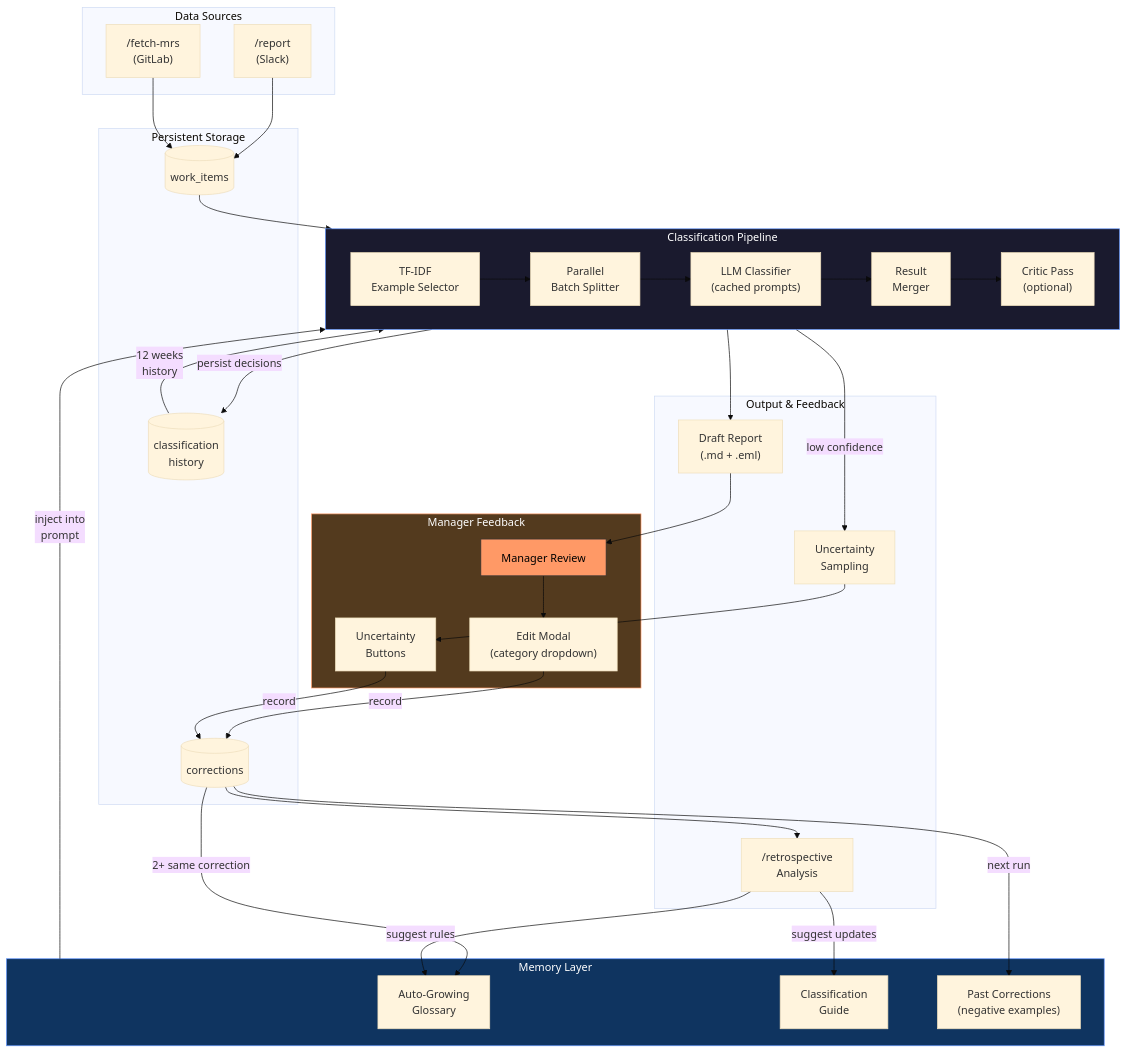
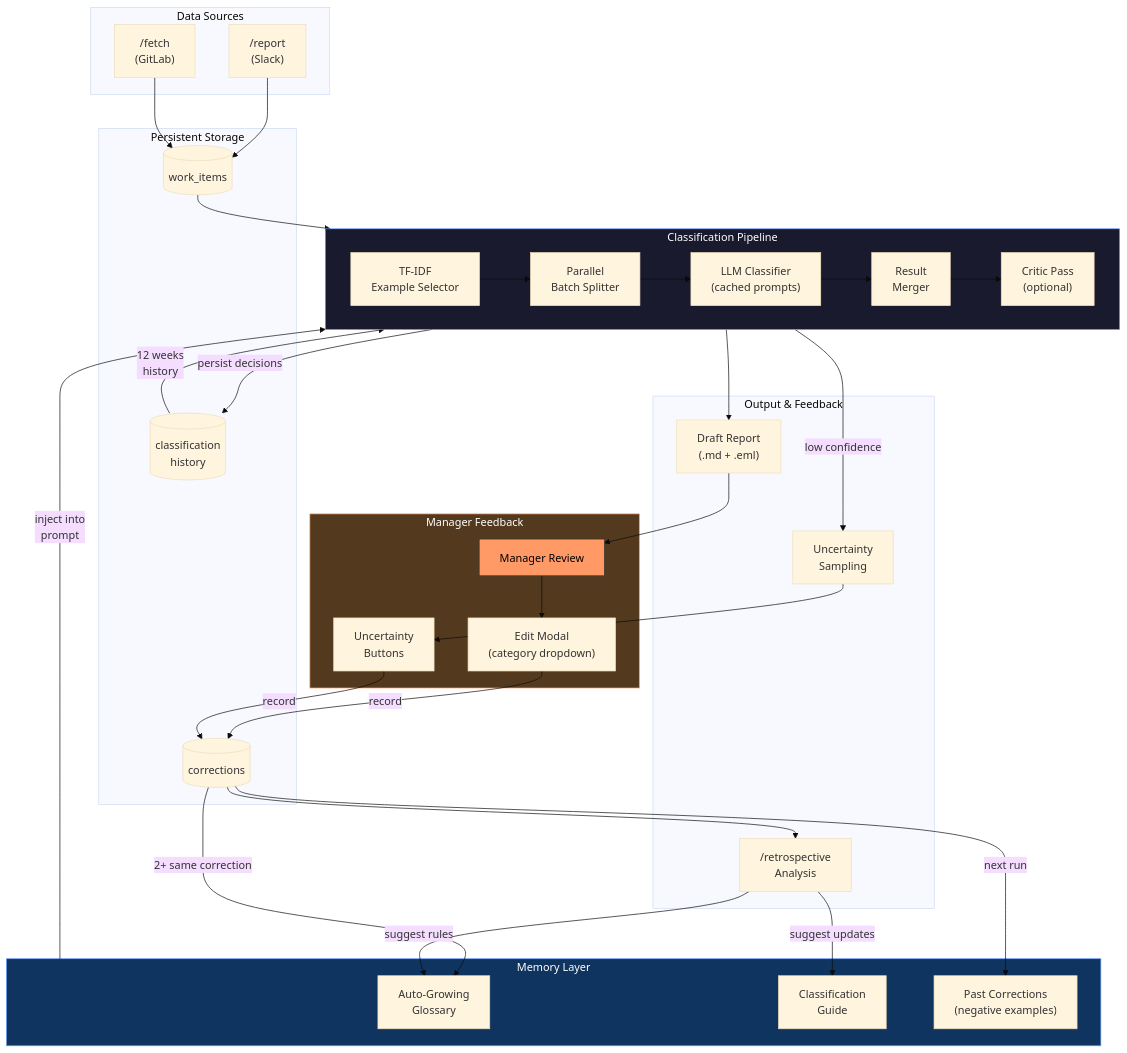
Before and after one commit to WZ/reportbot: the second of 5 diagrams in docs/agentic-architecture.md, drawn with Mermaid (base theme). The commit also changed 11 other files, not shown here.

First line of the commit message:
Add scheduled auto-fetch, extract fetch logic, rename /fetch-mrs and /report-stats

````diff
--- a/docs/agentic-architecture.md
+++ b/docs/agentic-architecture.md
@@ -22,69 +22,69 @@
 ```mermaid
 flowchart TB
     subgraph Input["Data Sources"]
         S1["/report\n(Slack)"]
-        S2["/fetch-mrs\n(GitLab)"]
+        S2["/fetch\n(GitLab)"]
     end
 
     subgraph DB["Persistent Storage"]
         WI[(work_items)]
         CH[(classification\nhistory)]
         CR[(corrections)]
     end
 
     subgraph Pipeline["Classification Pipeline"]
         direction LR
         TFIDF["TF-IDF\nExample Selector"]
         BATCH["Parallel\nBatch Splitter"]
         GEN["LLM Classifier\n(cached prompts)"]
         MERGE["Result\nMerger"]
         CRITIC["Critic Pass\n(optional)"]
         TFIDF --> BATCH --> GEN --> MERGE --> CRITIC
     end
 
     subgraph Memory["Memory Layer"]
         GL["Auto-Growing\nGlossary"]
         CG["Classification\nGuide"]
         CORR["Past Corrections\n(negative examples)"]
     end
 
     subgraph Output["Output & Feedback"]
         RPT["Draft Report\n(.md + .eml)"]
         UNC["Uncertainty\nSampling"]
         RETRO["/retrospective\nAnalysis"]
     end
 
     subgraph Feedback["Manager Feedback"]
         MGR["Manager Review"]
         EDIT["Edit Modal\n(category dropdown)"]
         BTN["Uncertainty\nButtons"]
     end
 
     S1 --> WI
     S2 --> WI
     WI --> TFIDF
     CH -->|"12 weeks\nhistory"| TFIDF
 
     Memory -->|"inject into\nprompt"| GEN
     CRITIC --> RPT
     CRITIC -->|"persist decisions"| CH
     CRITIC -->|"low confidence"| UNC
 
     RPT --> MGR
     MGR --> EDIT
     UNC --> BTN
 
     EDIT -->|"record"| CR
     BTN -->|"record"| CR
 
     CR -->|"next run"| CORR
     CR -->|"2+ same correction"| GL
     CR --> RETRO
     RETRO -->|"suggest rules"| GL
     RETRO -->|"suggest updates"| CG
 
     style Pipeline fill:#1a1a2e,stroke:#69f,color:#fff
     style Memory fill:#0f3460,stroke:#69f,color:#fff
     style Feedback fill:#533a1e,stroke:#f96,color:#fff
     style MGR fill:#f96,stroke:#333,color:#000
 ```
````
